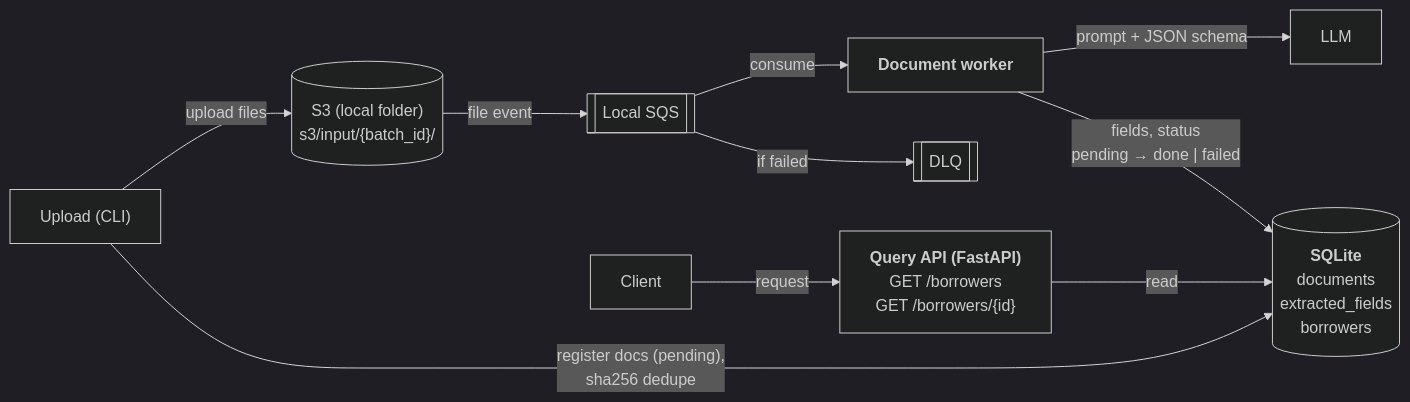
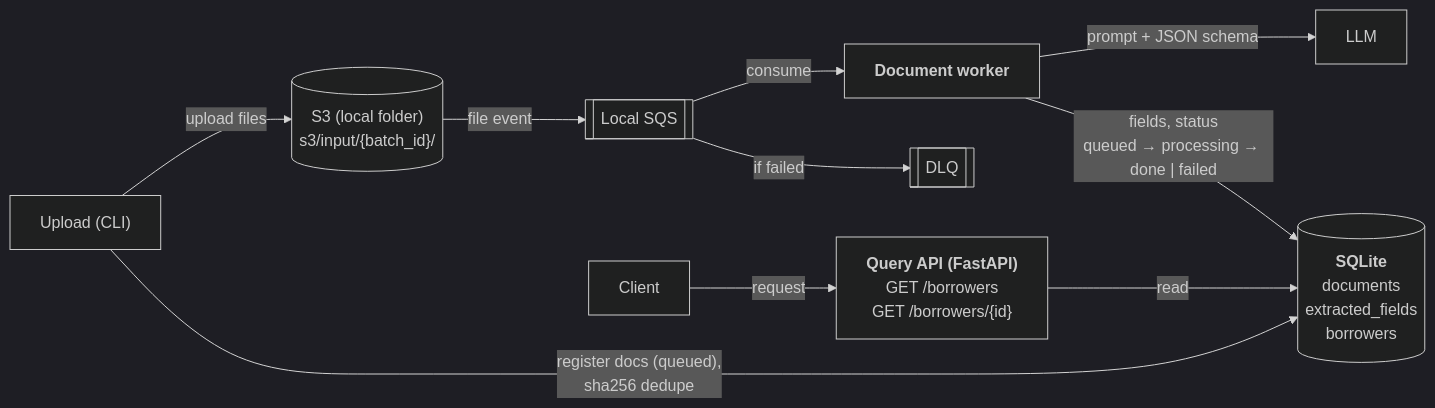
The diagram in docs/system-design.md (syldysnya/loan_extraction), drawn with Mermaid (dark theme) before and after one commit. The commit also changed 2 other files, not shown here.

Commit message:
Add ingestion HLD and LLD

````diff
--- a/docs/system-design.md
+++ b/docs/system-design.md
@@ -31,22 +31,22 @@
 ```mermaid
 flowchart LR
     upload["Upload (CLI)"]
     s3[("S3 (local folder)<br/>s3/input/{batch_id}/")]
     sqs[["Local SQS"]]
     dlq[["DLQ"]]
     worker["<b>Document worker</b>"]
     llm["LLM"]
     db[("<b>SQLite</b><br/>documents<br/>extracted_fields<br/>borrowers")]
     api["<b>Query API (FastAPI)</b><br/>GET /borrowers<br/>GET /borrowers/{id}"]
     client["Client"]
 
     upload -- "upload files" --> s3
-    upload -- "register docs (pending),<br/>sha256 dedupe" --> db
+    upload -- "register docs (queued),<br/>sha256 dedupe" --> db
     s3 -- "file event" --> sqs
     sqs -- "consume" --> worker
     sqs -- "if failed" --> dlq
     worker -- "prompt + JSON schema" --> llm
-    worker -- "fields, status<br/>pending → done | failed" --> db
+    worker -- "fields, status<br/>queued → processing → done | failed" --> db
     api -- "read" --> db
     client -- "request" --> api
 ```
````
